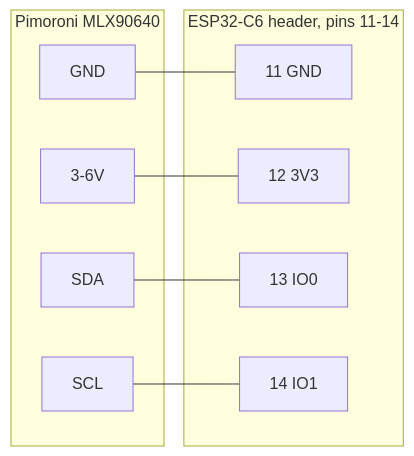
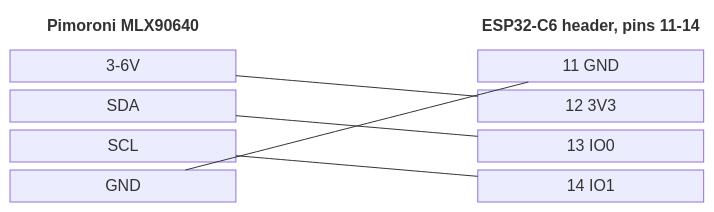
Before and after one commit to epatel/diy-ir-cam: the diagram in README.md, drawn with Mermaid.

Commit message:
README: keep wiring diagram pins in header order
Flowchart layout reorders nodes to avoid crossings; block-beta keeps a fixed grid.

````diff
--- a/README.md
+++ b/README.md
@@ -42,19 +42,15 @@
 ```mermaid
-flowchart LR
-  subgraph MLX["Pimoroni MLX90640"]
-    V[3-6V]
-    SDA
-    SCL
-    G[GND]
-  end
-  subgraph H["ESP32-C6 header, pins 11-14"]
-    P11[11 GND]
-    P12[12 3V3]
-    P13[13 IO0]
-    P14[14 IO1]
-  end
+block-beta
+  columns 3
+  MLX["Pimoroni MLX90640"] space H["ESP32-C6 header, pins 11-14"]
+  V["3-6V"] space P11["11 GND"]
+  SDA space P12["12 3V3"]
+  SCL space P13["13 IO0"]
+  G["GND"] space P14["14 IO1"]
   V --- P12
-  G --- P11
   SDA --- P13
   SCL --- P14
+  G --- P11
+  classDef title fill:none,stroke:none,font-weight:bold
+  class MLX,H title
 ```
````
